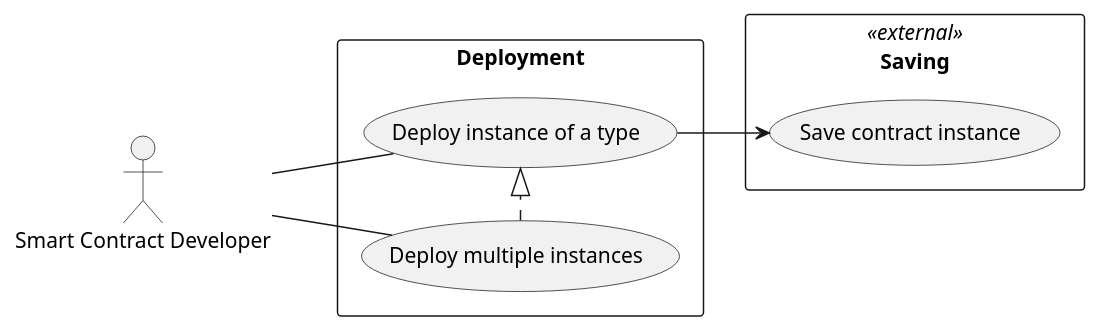
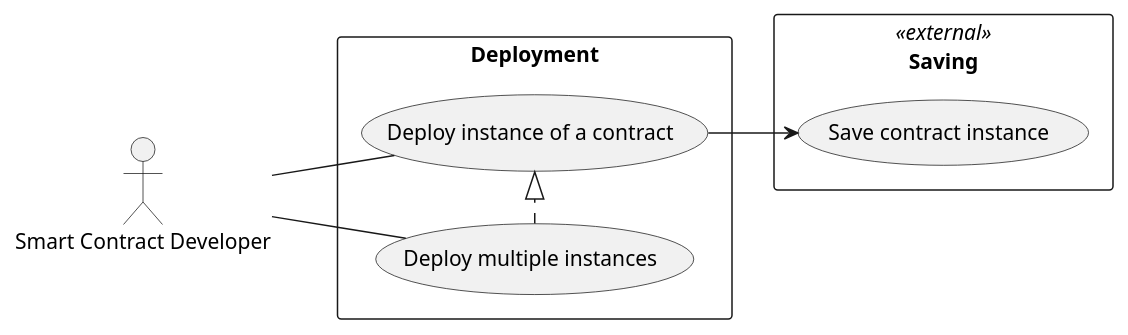
One commit to trufflesuite/artifact-updates changed the seventh of 9 diagrams in docs/requirements/truffle.rst. Above: the diagram before and after it, drawn with PlantUML. The commit also changed other lines of this file and 4 other files, not shown here.

Commit message:
Update glossary to include additional parts of data model, and remove contract type since no longer relevant

```diff
--- a/docs/requirements/truffle.rst
+++ b/docs/requirements/truffle.rst
@@ -430,19 +430,19 @@
 .. uml::
 
   left to right direction
 
   :Smart Contract Developer: as :Developer:
 
   rectangle Saving << external >> {
     (Save contract instance) as (SaveInstance)
   }
 
   rectangle Deployment {
-    (Deploy instance of a type) as (DeployInstance)
+    (Deploy instance of a contract) as (DeployInstance)
     (Deploy multiple instances) as (MultipleInstances)
     MultipleInstances .|> DeployInstance
     DeployInstance --> SaveInstance
   }
 
   Developer -- DeployInstance
   Developer -- MultipleInstances
```
